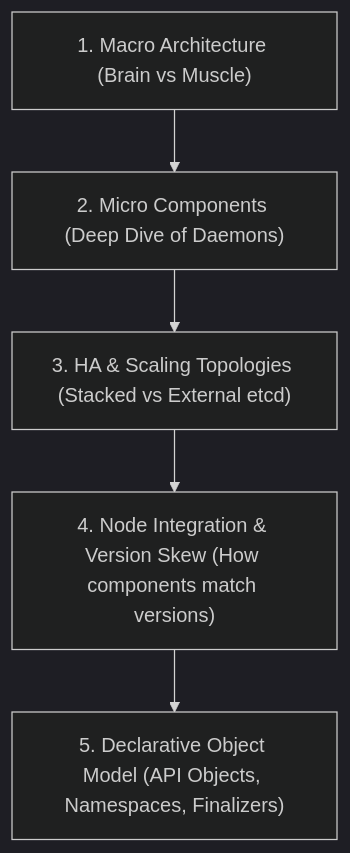
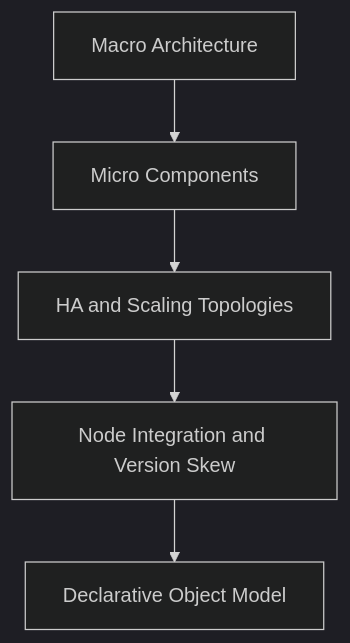
One commit to kmashour/BrainDump changed the first of 2 diagrams in Reference Notes/02_cluster_architecture_and_components.md. Above: the diagram before and after it, drawn with Mermaid (dark theme). The commit also changed 15 other files, not shown here.

Commit message:
docs: simplify cognitive map mermaid syntax for general compatibility

````diff
--- a/Reference Notes/02_cluster_architecture_and_components.md
+++ b/Reference Notes/02_cluster_architecture_and_components.md
@@ -11,7 +11,7 @@
 ```mermaid
 graph TD
-    A["1. Macro Architecture (Brain vs Muscle)"] --> B["2. Micro Components (Deep Dive of Daemons)"]
-    B --> C["3. HA & Scaling Topologies (Stacked vs External etcd)"]
-    C --> D["4. Node Integration & Version Skew (How components match versions)"]
-    D --> E["5. Declarative Object Model (API Objects, Namespaces, Finalizers)"]
+    A["Macro Architecture"] --> B["Micro Components"]
+    B --> C["HA and Scaling Topologies"]
+    C --> D["Node Integration and Version Skew"]
+    D --> E["Declarative Object Model"]
 ```
````
